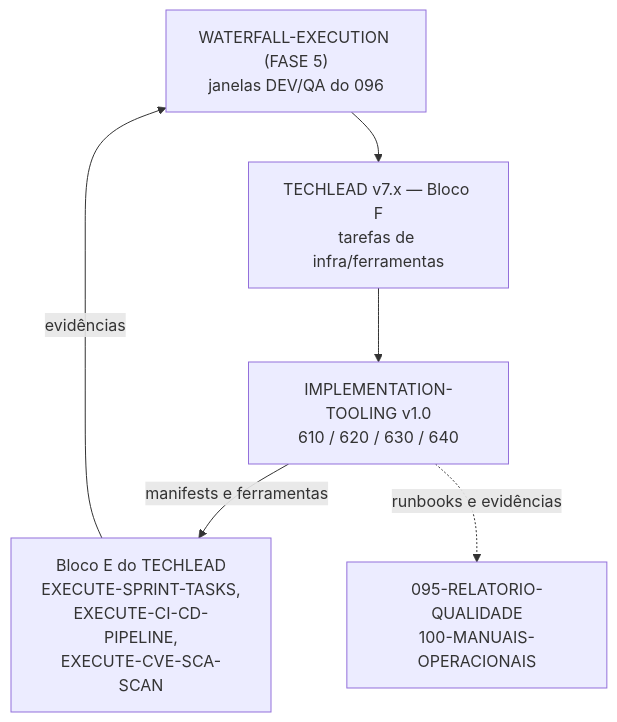
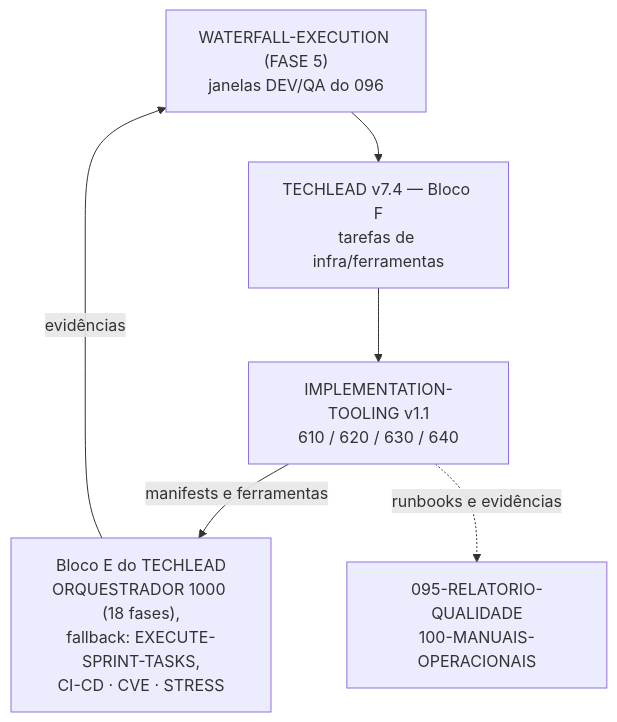
One commit to bolismar69/workspace-fbso changed the third of 3 diagrams in .specs/prompts/implementation-tooling/FLOWCHART-PROMPT-ROADMAP-GENERATE-IMPLEMENTATION-TOOLING.md. Above: the diagram before and after it, drawn with Mermaid. The commit also changed other lines of this file and 16 other files, not shown here.

First line of the commit message:
fix: consistência geral dos roadmaps e flowcharts — versões, Mermaid e referências internas

````diff
--- a/.specs/prompts/implementation-tooling/FLOWCHART-PROMPT-ROADMAP-GENERATE-IMPLEMENTATION-TOOLING.md
+++ b/.specs/prompts/implementation-tooling/FLOWCHART-PROMPT-ROADMAP-GENERATE-IMPLEMENTATION-TOOLING.md
@@ -75,8 +75,8 @@
 ```mermaid
 flowchart TB
-    PMPO["WATERFALL-EXECUTION (FASE 5)<br/>janelas DEV/QA do 096"] --> TL["TECHLEAD v7.x — Bloco F<br/>tarefas de infra/ferramentas"]
-    TL --> IT["IMPLEMENTATION-TOOLING v1.0<br/>610 / 620 / 630 / 640"]
-    IT -->|manifests e ferramentas| BL["Bloco E do TECHLEAD<br/>EXECUTE-SPRINT-TASKS,<br/>EXECUTE-CI-CD-PIPELINE,<br/>EXECUTE-CVE-SCA-SCAN"]
+    PMPO["WATERFALL-EXECUTION (FASE 5)<br/>janelas DEV/QA do 096"] --> TL["TECHLEAD v7.4 — Bloco F<br/>tarefas de infra/ferramentas"]
+    TL --> IT["IMPLEMENTATION-TOOLING v1.1<br/>610 / 620 / 630 / 640"]
+    IT -->|manifests e ferramentas| BL["Bloco E do TECHLEAD<br/>ORQUESTRADOR 1000 (18 fases),<br/>fallback: EXECUTE-SPRINT-TASKS,<br/>CI-CD · CVE · STRESS"]
     BL -->|evidências| PMPO
     IT -.->|runbooks e evidências| DOCS["095-RELATORIO-QUALIDADE<br/>100-MANUAIS-OPERACIONAIS"]
 ```
````
